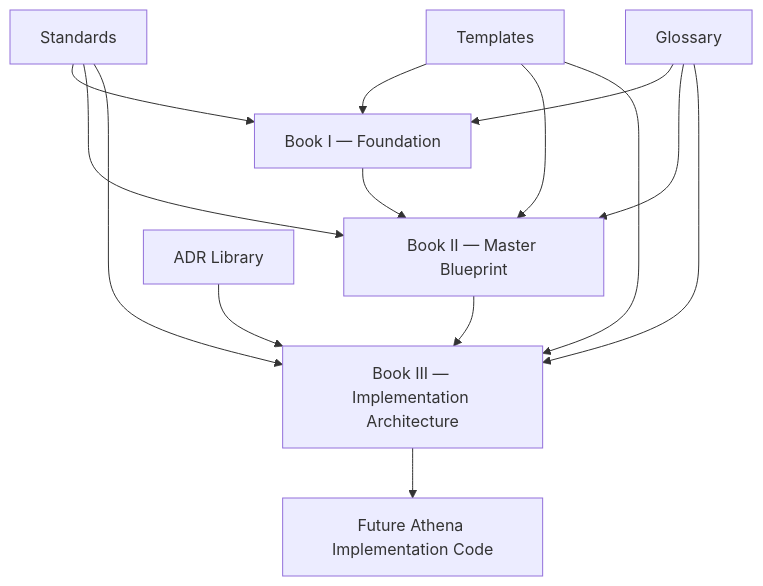
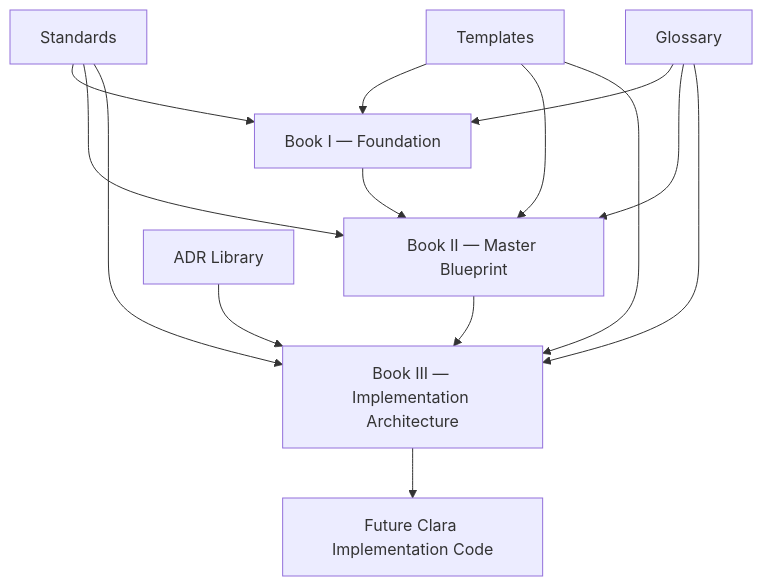
The diagram in docs/diagrams/BOOK-DEPENDENCY-MAP.md (VaxXinE/CLARA), drawn with Mermaid before and after one commit. The commit also changed other lines of this file and 529 other files, not shown here.

````diff
--- a/docs/diagrams/BOOK-DEPENDENCY-MAP.md
+++ b/docs/diagrams/BOOK-DEPENDENCY-MAP.md
@@ -12,16 +12,16 @@
 ```mermaid
 flowchart TD
     B1[Book I — Foundation] --> B2[Book II — Master Blueprint]
     B2 --> B3[Book III — Implementation Architecture]
-    B3 --> Code[Future Athena Implementation Code]
+    B3 --> Code[Future Clara Implementation Code]
     Standards[Standards] --> B1
     Standards --> B2
     Standards --> B3
     Templates[Templates] --> B1
     Templates --> B2
     Templates --> B3
     Glossary[Glossary] --> B1
     Glossary --> B2
     Glossary --> B3
     ADR[ADR Library] --> B3
 ```
````
